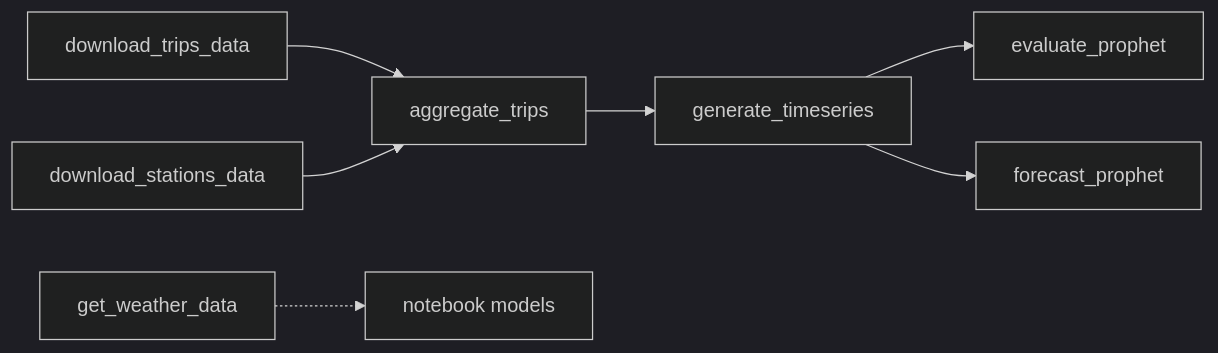
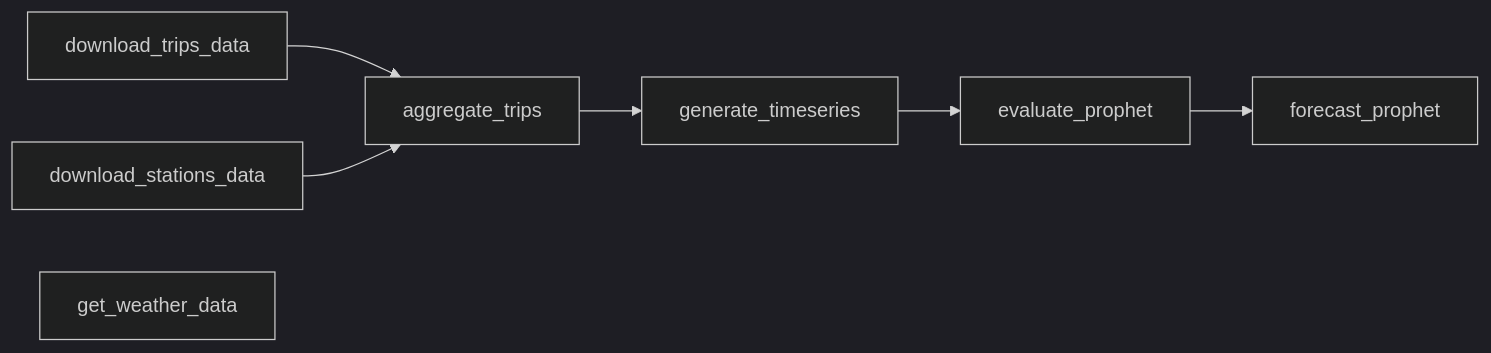
One commit to jcruz-ferreyra/bluebikes-analysis changed the diagram in README.md. Above: the diagram before and after it, drawn with Mermaid (dark theme). The commit also changed other lines of this file, not shown here.

````diff
--- a/README.md
+++ b/README.md
@@ -76,9 +76,9 @@
 ```mermaid
 flowchart LR
     A[download_trips_data] --> D[aggregate_trips]
-    B[download_stations_data] --> D[aggregate_trips]
+    B[download_stations_data] --> D
     D --> E[generate_timeseries]
     E --> F[evaluate_prophet]
-    E --> G[forecast_prophet]
-    C[get_weather_data] -.-> N[notebook models]
+    F --> G[forecast_prophet]
+    C[get_weather_data]
 ```
````
